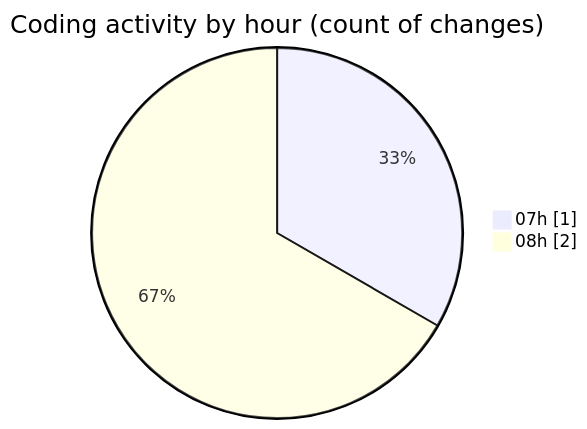
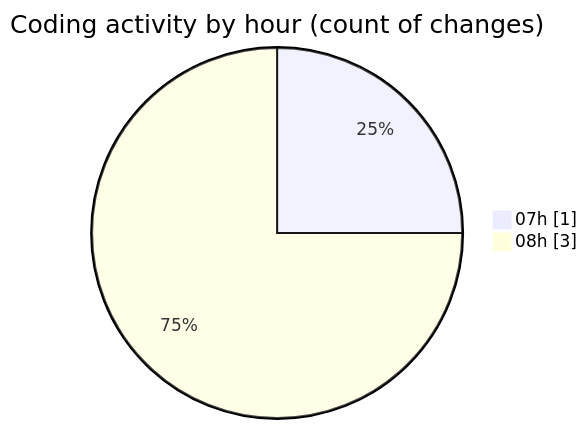
One commit to tmsrecording-cyber/code-tracking changed the second of 2 diagrams in 2026-02-02/singularitybrainai/README.md. Above: the diagram before and after it, drawn with Mermaid. The commit also changed other lines of this file and 1 other file, not shown here.

````diff
--- a/2026-02-02/singularitybrainai/README.md
+++ b/2026-02-02/singularitybrainai/README.md
@@ -28,6 +28,6 @@
 ```mermaid
 pie showData
 title Coding activity by hour (count of changes)
 "07h" : 1
-"08h" : 2
+"08h" : 3
 ```
````
